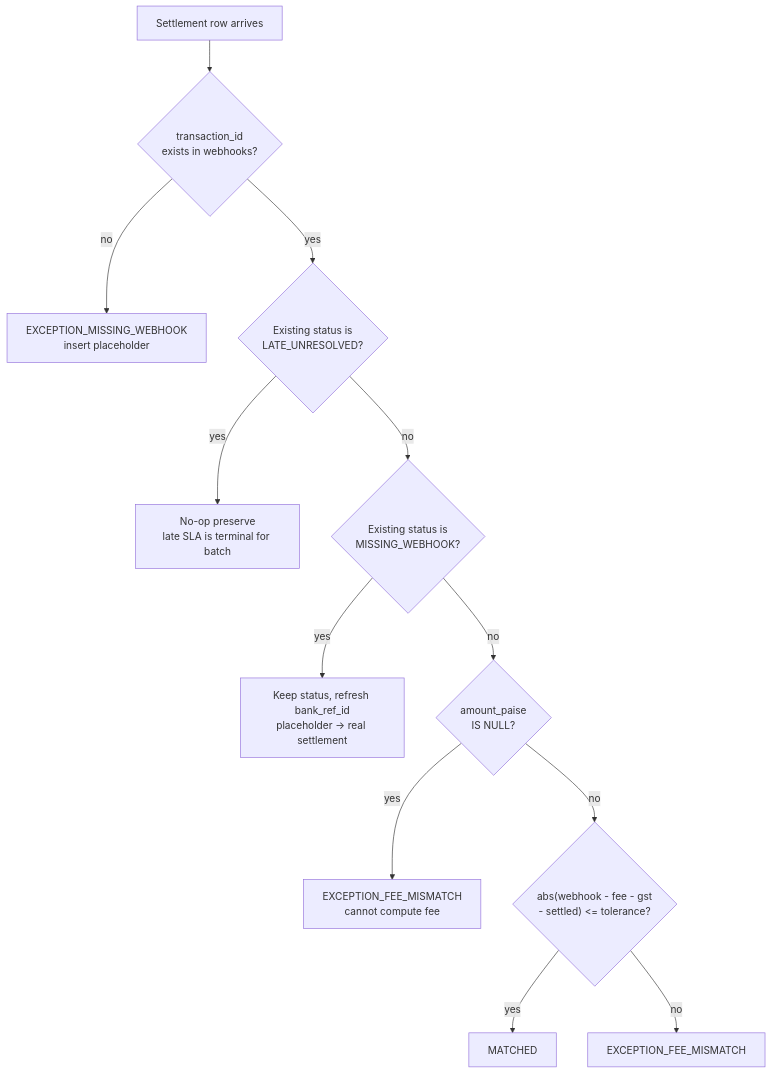
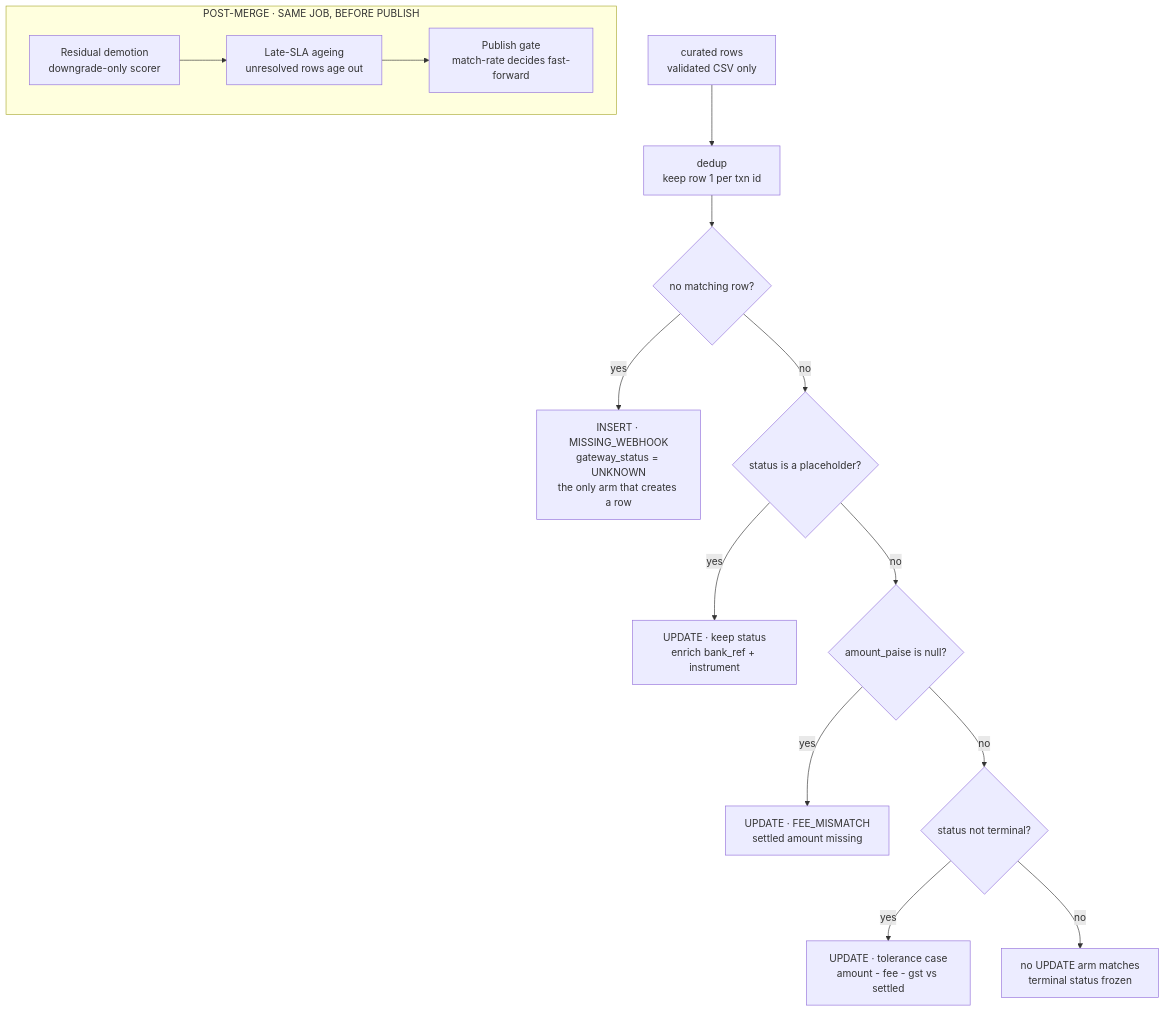
The second of 2 diagrams in docs/ARCHITECTURE.md (DhanushPillay/tx-recon), drawn with Mermaid before and after one commit. The commit also changed other lines of this file, not shown here.

First line of the commit message:
docs: inline the three-legs and merge-tree diagrams as mermaid

````diff
--- a/docs/ARCHITECTURE.md
+++ b/docs/ARCHITECTURE.md
@@ -38,14 +42,19 @@
 ```mermaid
 flowchart TD
-    A[Settlement row arrives] --> B{transaction_id<br/>exists in webhooks?}
-    B -->|no| C[EXCEPTION_MISSING_WEBHOOK<br/>insert placeholder]
-    B -->|yes| L{Existing status is<br/>LATE_UNRESOLVED?}
-    L -->|yes| M[No-op preserve<br/>late SLA is terminal for batch]
-    L -->|no| D{Existing status is<br/>MISSING_WEBHOOK?}
-    D -->|yes| E[Keep status, refresh bank_ref_id<br/>placeholder -> real settlement]
-    D -->|no| F{amount_paise<br/>IS NULL?}
-    F -->|yes| G[EXCEPTION_FEE_MISMATCH<br/>cannot compute fee]
-    F -->|no| H{"abs(webhook - fee - gst<br/>- settled) <= tolerance?"}
-    H -->|yes| I[MATCHED]
-    H -->|no| J[EXCEPTION_FEE_MISMATCH]
+  IN["curated rows<br/>validated CSV only"] --> DD["dedup<br/>keep row 1 per txn id"]
+
+  DD --> C1{"no matching row?"}
+  C1 -->|yes| ARM1["INSERT · MISSING_WEBHOOK<br/>gateway_status = UNKNOWN<br/>the only arm that creates a row"]
+  C1 -->|no| C2{"status is a placeholder?"}
+  C2 -->|yes| ARM2["UPDATE · keep status<br/>enrich bank_ref + instrument"]
+  C2 -->|no| C3{"amount_paise is null?"}
+  C3 -->|yes| ARM3["UPDATE · FEE_MISMATCH<br/>settled amount missing"]
+  C3 -->|no| C4{"status not terminal?"}
+  C4 -->|yes| ARM4["UPDATE · tolerance case<br/>amount - fee - gst vs settled"]
+  C4 -->|no| FROZEN["no UPDATE arm matches<br/>terminal status frozen"]
+
+  subgraph POST["POST-MERGE · SAME JOB, BEFORE PUBLISH"]
+    direction LR
+    PM1["Residual demotion<br/>downgrade-only scorer"] --> PM2["Late-SLA ageing<br/>unresolved rows age out"] --> PM3["Publish gate<br/>match-rate decides fast-forward"]
+  end
 ```
````
